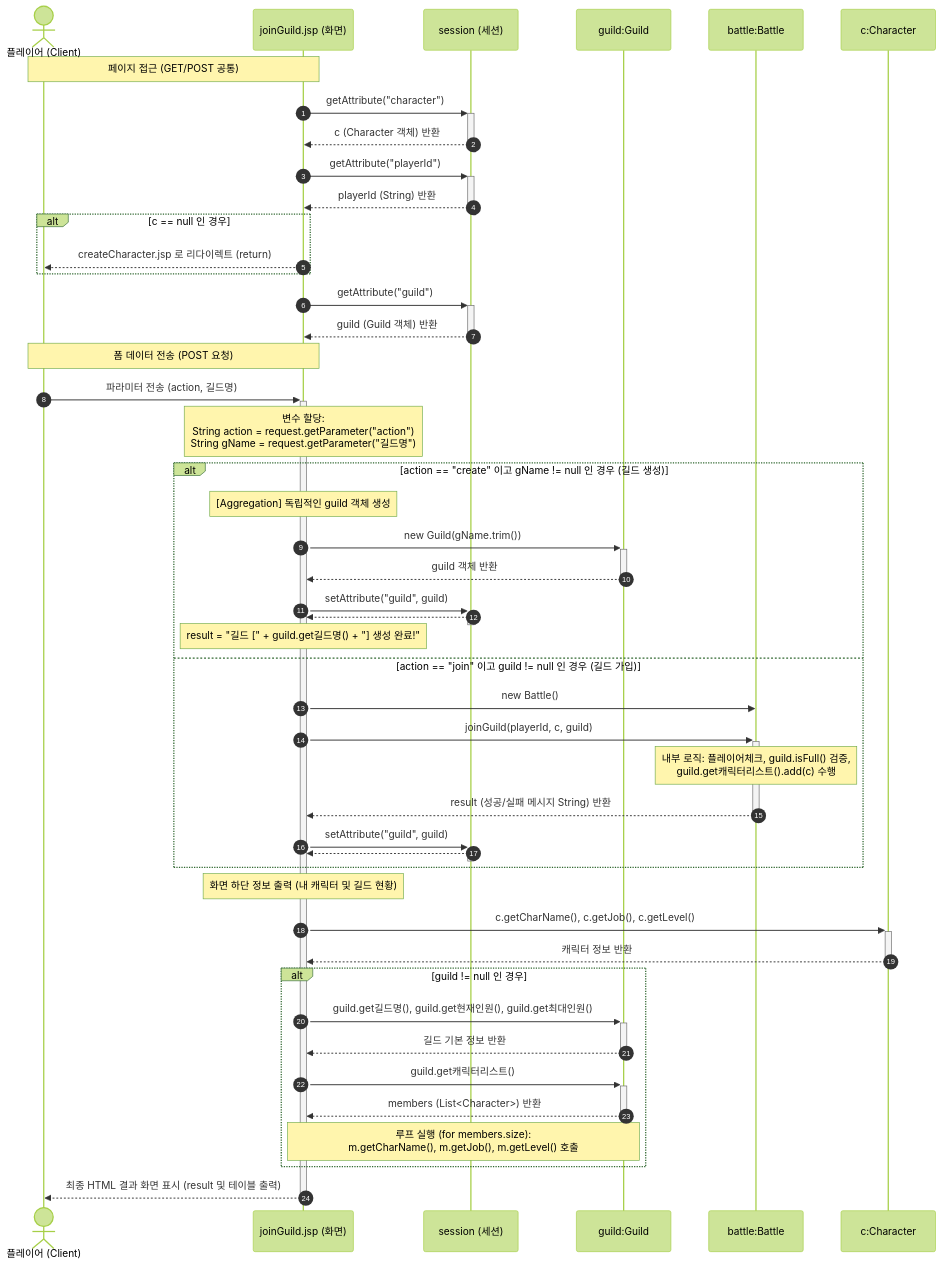
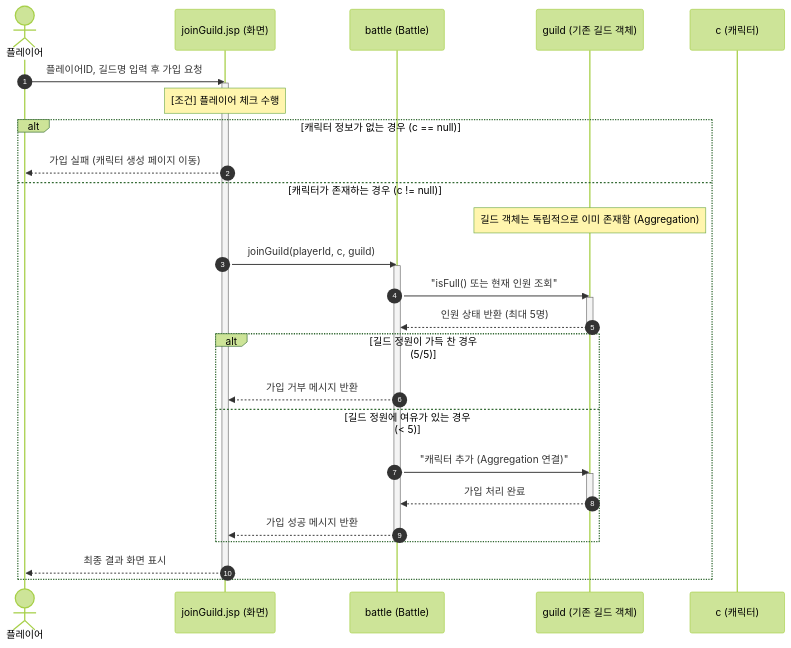
One commit to Sewqp/DnF_Battle2_B_06- changed the diagram in 길드가입순차도.md. Above: the diagram before and after it, drawn with Mermaid (forest theme).

````diff
--- a/길드가입순차도.md
+++ b/길드가입순차도.md
@@ -1,63 +1,46 @@
 ```mermaid
 sequenceDiagram
     autonumber
-    actor 플레이어 as 플레이어 (Client)
-    participant 화면 as joinGuild.jsp (화면)
-    participant 세션 as session (세션)
-    participant 길드객체 as guild:Guild
-    participant 전투객체 as battle:Battle
-    participant 캐릭터객체 as c:Character
+    actor User as 플레이어
+    participant JSP as joinGuild.jsp (화면)
+    participant Battle as battle (Battle)
+    participant Guild as guild (기존 길드 객체)
+    participant Char as c (캐릭터)
 
-    %% 1. 세션 속성 조회 단계
-    Note over 플레이어, 화면: 페이지 접근 (GET/POST 공통)
-    화면->>+세션: getAttribute("character")
-    세션-->>-화면: c (Character 객체) 반환
-    화면->>+세션: getAttribute("playerId")
-    세션-->>-화면: playerId (String) 반환
-    
-    alt c == null 인 경우
-        화면-->>플레이어: createCharacter.jsp 로 리다이렉트 (return)
+    User->>JSP: 플레이어ID, 길드명 입력 후 가입 요청
+    activate JSP
+
+    %% 조건 1: 반드시 플레이어 체크를 한다.
+    Note over JSP: [조건] 플레이어 체크 수행
+    alt 캐릭터 정보가 없는 경우 (c == null)
+        JSP-->>User: 가입 실패 (캐릭터 생성 페이지 이동)
+    else 캐릭터가 존재하는 경우 (c != null)
+        
+        %% 조건 2: 길드는 이미 다른 곳에서 만들어진 객체이다.
+        Note over Guild: 길드 객체는 독립적으로 이미 존재함 (Aggregation)
+
+        JSP->>Battle: joinGuild(playerId, c, guild)
+        activate Battle
+
+        %% 조건 3: 길드 정원은 최대 5명이다. 가득 차면 가입 불가.
+        Battle->>Guild: "isFull() 또는 현재 인원 조회"
+        activate Guild
+        Guild-->>Battle: 인원 상태 반환 (최대 5명)
+        deactivate Guild
+
+        alt 길드 정원이 가득 찬 경우 (5/5)
+            Battle-->>JSP: 가입 거부 메시지 반환
+        else 길드 정원에 여유가 있는 경우 (< 5)
+            %% 조건 4: 캐릭터를 기존 길드에 가입시킨다 (참조 관계)
+            Battle->>Guild: "캐릭터 추가 (Aggregation 연결)"
+            activate Guild
+            Guild-->>Battle: 가입 처리 완료
+            deactivate Guild
+            Battle-->>JSP: 가입 성공 메시지 반환
+        end
+        deactivate Battle
+
+        JSP-->>User: 최종 결과 화면 표시
     end
-
-    화면->>+세션: getAttribute("guild")
-    세션-->>-화면: guild (Guild 객체) 반환
-
-    %% 2. POST 요청 조건 분기
-    Note over 플레이어, 화면: 폼 데이터 전송 (POST 요청)
-    플레이어->>+화면: 파라미터 전송 (action, 길드명)
-    Note over 화면: 변수 할당:<br/>String action = request.getParameter("action")<br/>String gName = request.getParameter("길드명")
-
-    alt action == "create" 이고 gName != null 인 경우 (길드 생성)
-        Note over 화면: [Aggregation] 독립적인 guild 객체 생성
-        화면->>+길드객체: new Guild(gName.trim())
-        길드객체-->>-화면: guild 객체 반환
-        화면->>+세션: setAttribute("guild", guild)
-        세션-->>-화면: 
-        Note over 화면: result = "길드 [" + guild.get길드명() + "] 생성 완료!"
-
-    else action == "join" 이고 guild != null 인 경우 (길드 가입)
-        화면->>전투객체: new Battle()
-        화면->>+전투객체: joinGuild(playerId, c, guild)
-        Note over 전투객체: 내부 로직: 플레이어체크, guild.isFull() 검증,<br/>guild.get캐릭터리스트().add(c) 수행
-        전투객체-->>-화면: result (성공/실패 메시지 String) 반환
-        화면->>+세션: setAttribute("guild", guild)
-        세션-->>-화면: 
-    end
-
-    %% 3. 출력 및 갱신 화면 (Rendering)
-    Note over 화면: 화면 하단 정보 출력 (내 캐릭터 및 길드 현황)
-    화면->>+캐릭터객체: c.getCharName(), c.getJob(), c.getLevel()
-    캐릭터객체-->>-화면: 캐릭터 정보 반환
-    
-    alt guild != null 인 경우
-        화면->>+길드객체: guild.get길드명(), guild.get현재인원(), guild.get최대인원()
-        길드객체-->>-화면: 길드 기본 정보 반환
-        
-        화면->>+길드객체: guild.get캐릭터리스트()
-        길드객체-->>-화면: members (List<Character>) 반환
-        
-        Note over 화면, 길드객체: 루프 실행 (for members.size):<br/>m.getCharName(), m.getJob(), m.getLevel() 호출
-    end
-
-    화면-->>-플레이어: 최종 HTML 결과 화면 표시 (result 및 테이블 출력)
+    deactivate JSP
 ```
````
